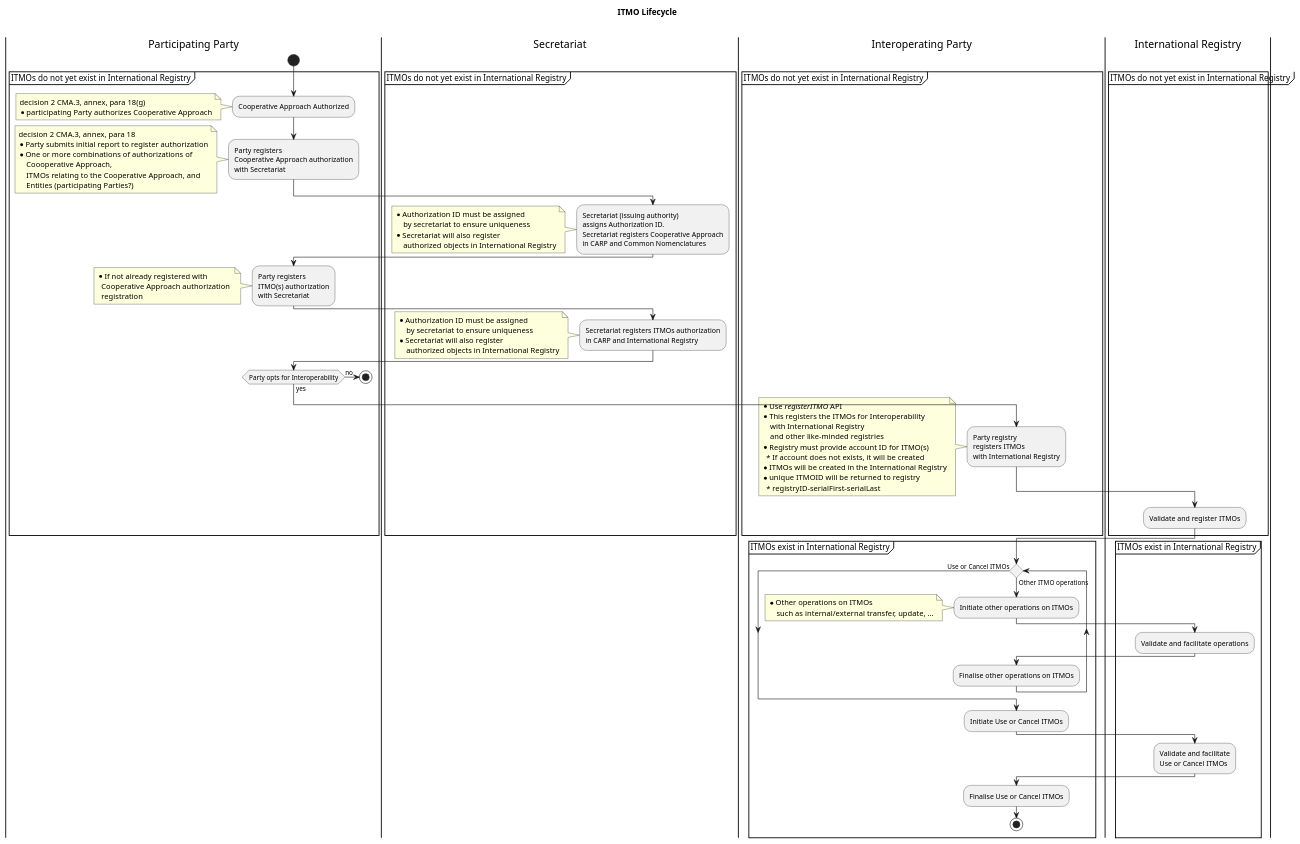
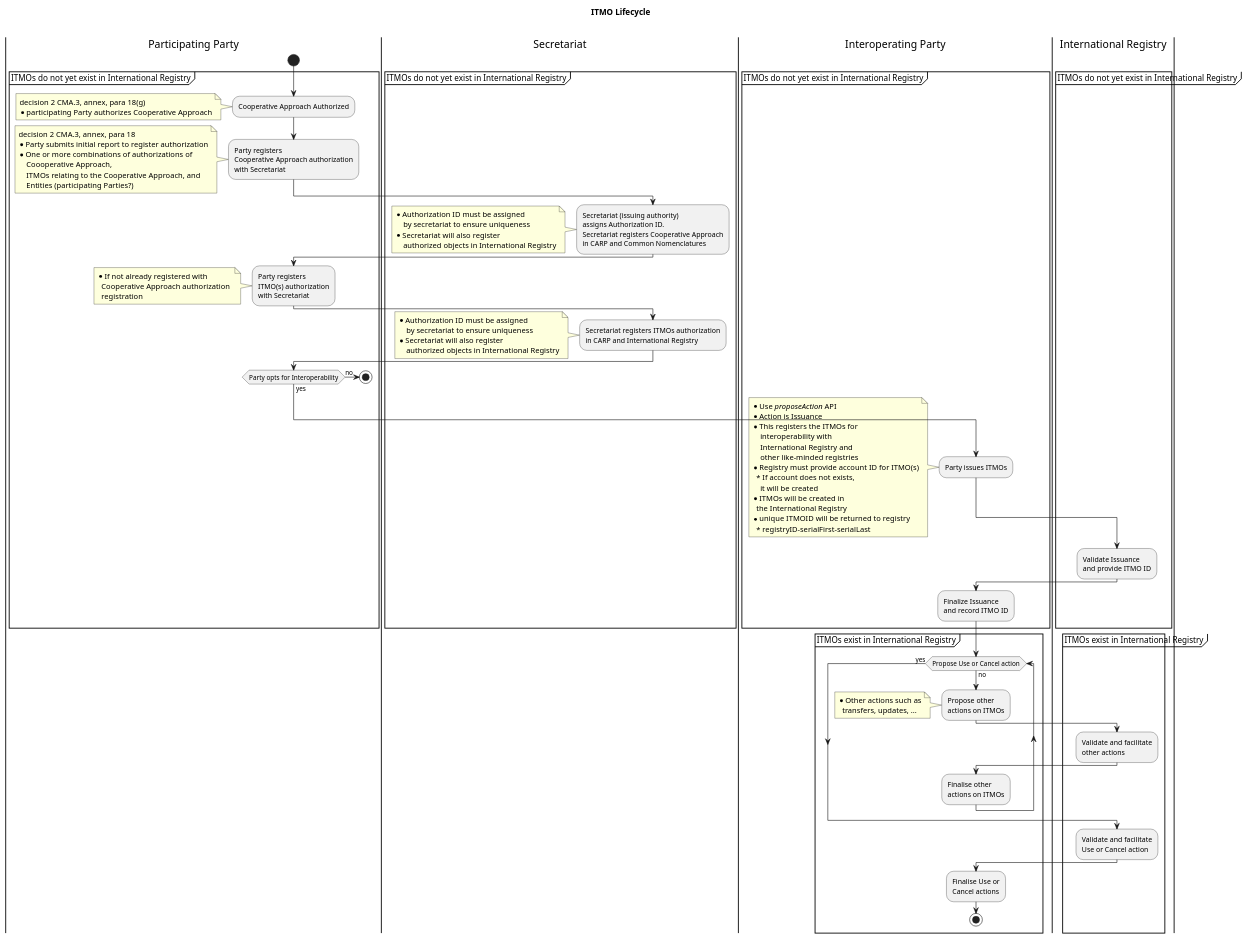
Before and after one commit to frankcnng/CARP: the diagram in diagrams/ITMO Lifecycle Activity.puml, drawn with PlantUML.

Commit message:
Update ITMO Lifecycle Activity.puml
Updated terminology to align with API

```diff
--- a/diagrams/ITMO Lifecycle Activity.puml
+++ b/diagrams/ITMO Lifecycle Activity.puml
@@ -1,113 +1,119 @@
 @startuml
 
 title ITMO Lifecycle \n
 |Participating Party|
 
 start
 
 partition ITMOs do not yet exist in International Registry {
     
     :Cooperative Approach Authorized;
       note left
         decision 2 CMA.3, annex, para 18(g)
         * participating Party authorizes Cooperative Approach
       end note
   
     :Party registers
     Cooperative Approach authorization
     with Secretariat;
       note left
         decision 2 CMA.3, annex, para 18
         * Party submits initial report to register authorization
         * One or more combinations of authorizations of
             Coooperative Approach,
             ITMOs relating to the Cooperative Approach, and
             Entities (participating Parties?)
       end note
     |Secretariat|
     :Secretariat (issuing authority)
     assigns Authorization ID.
     Secretariat registers Cooperative Approach
     in CARP and Common Nomenclatures;
       note left
         * Authorization ID must be assigned
             by secretariat to ensure uniqueness
         * Secretariat will also register 
             authorized objects in International Registry
       end note
     |Participating Party|
     :Party registers 
     ITMO(s) authorization
     with Secretariat;
       note left
           * If not already registered with 
             Cooperative Approach authorization 
             registration
       end note
 
     |Secretariat|
     :Secretariat registers ITMOs authorization
     in CARP and International Registry;
       note left
         * Authorization ID must be assigned
             by secretariat to ensure uniqueness
         * Secretariat will also register 
             authorized objects in International Registry
       end note
 
     |Participating Party|
     if (Party opts for Interoperability) then (yes)
   
       |Interoperating Party|
-      :Party registry
-      registers ITMOs
-      with International Registry;
+      :Party issues ITMOs;
         note left
-        * Use //registerITMO// API
-        * This registers the ITMOs for Interoperability
-            with International Registry
-            and other like-minded registries
+        * Use //proposeAction// API
+        * Action is Issuance
+        * This registers the ITMOs for
+            interoperability with
+            International Registry and
+            other like-minded registries
         * Registry must provide account ID for ITMO(s)
-          * If account does not exists, it will be created
-        * ITMOs will be created in the International Registry
+          * If account does not exists,
+            it will be created
+        * ITMOs will be created in
+          the International Registry
         * unique ITMOID will be returned to registry
           * registryID-serialFirst-serialLast
         end note
       |International Registry|
-      :Validate and register ITMOs;
+      :Validate Issuance
+      and provide ITMO ID;
 
       |Interoperating Party|
+      :Finalize Issuance
+      and record ITMO ID;
     else (no)
       |Participating Party|
       stop
     
   endif
 }
 
 |Interoperating Party|
 partition ITMOs exist in International Registry {
-    
-  while () is (Other ITMO operations)
+
+  while (Propose Use or Cancel action) is (no)
   
-    :Initiate other operations on ITMOs;
+    :Propose other
+    actions on ITMOs;
       note left
-      * Other operations on ITMOs
-          such as internal/external transfer, update, ...
+      * Other actions such as
+        transfers, updates, ...
       end note
     |International Registry|
-    :Validate and facilitate operations;
+    :Validate and facilitate
+    other actions;
     |Interoperating Party|
-    :Finalise other operations on ITMOs;
-  endwhile (Use or Cancel ITMOs)
-    :Initiate Use or Cancel ITMOs;
+    :Finalise other
+    actions on ITMOs;
+  endwhile (yes)
     |International Registry|
     :Validate and facilitate
-    Use or Cancel ITMOs;
+    Use or Cancel action;
     |Interoperating Party|
-    :Finalise Use or Cancel ITMOs;
+    :Finalise Use or
+    Cancel actions;
     stop
-
-    
 }
 
 @enduml
```
